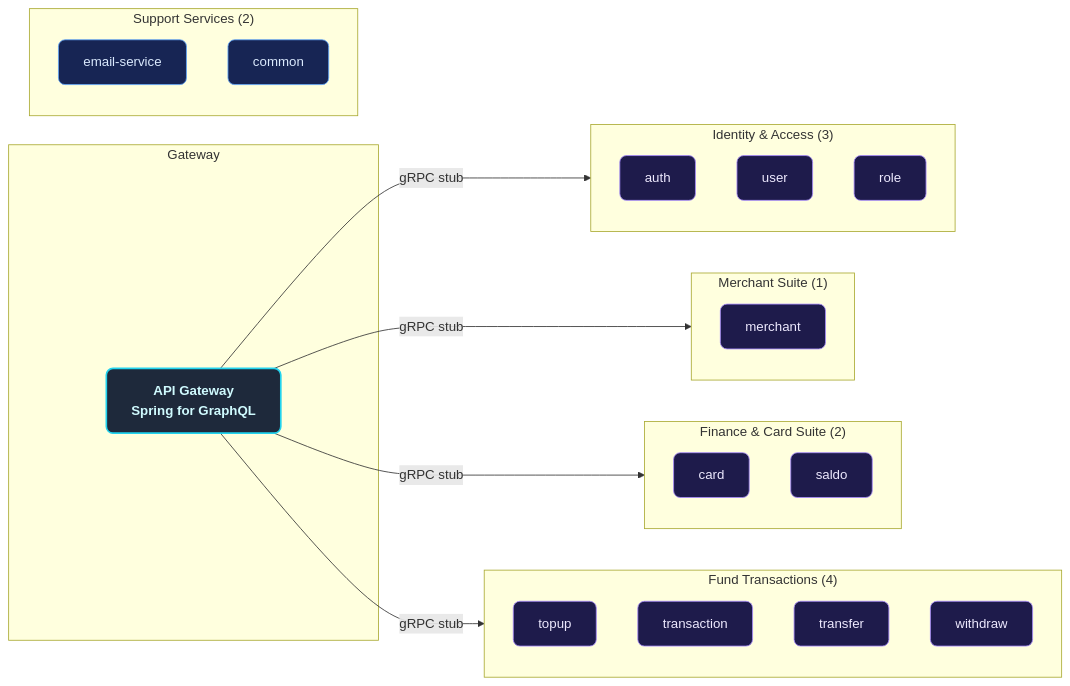
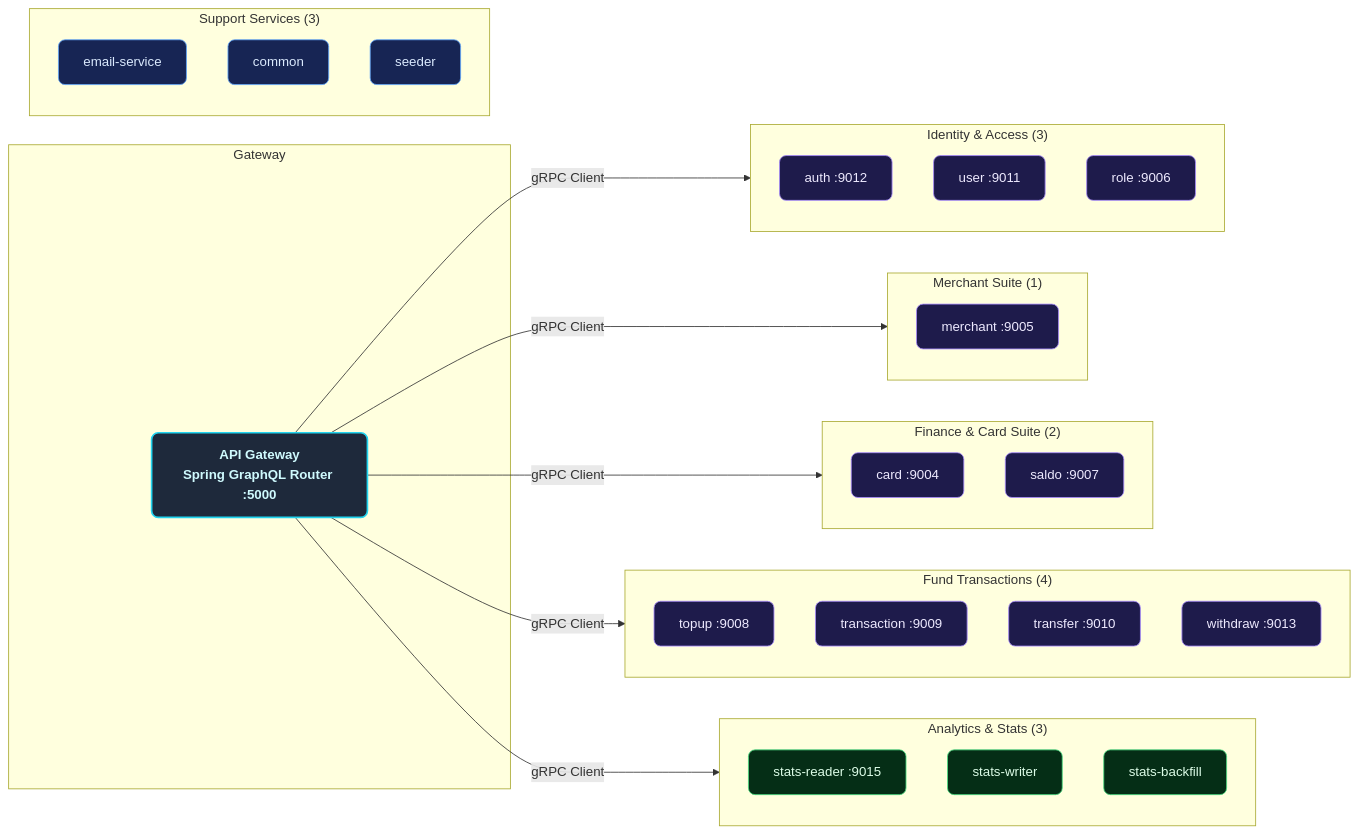
Before and after one commit to MamangRust/microservice-springboot-grpc-paymentgateway-graphql: the second of 13 diagrams in README.md, drawn with Mermaid. The commit also changed other lines of this file, not shown here.

Commit message:
Update README with latest microservices architecture

````diff
--- a/README.md
+++ b/README.md
@@ -207,42 +218,51 @@
 ```mermaid
 graph LR
     classDef svc fill:#1e1b4b,stroke:#a78bfa,color:#ede9fe,stroke-width:1px,rx:8
     classDef gw fill:#1e293b,stroke:#22d3ee,color:#cffafe,stroke-width:2px,rx:8,font-weight:bold
     classDef support fill:#172554,stroke:#60a5fa,color:#dbeafe,stroke-width:1px,rx:8
+    classDef stats fill:#052e16,stroke:#4ade80,color:#dcfce7,stroke-width:1px,rx:8
 
     subgraph Gateway
-        API["API Gateway<br/>Spring for GraphQL"]:::gw
+        API["API Gateway<br/>Spring GraphQL Router :5000"]:::gw
     end
 
     subgraph Identity["Identity & Access (3)"]
-        A1["auth"]:::svc
-        A2["user"]:::svc
-        A3["role"]:::svc
+        A1["auth :9012"]:::svc
+        A2["user :9011"]:::svc
+        A3["role :9006"]:::svc
     end
 
     subgraph Merchant["Merchant Suite (1)"]
-        M1["merchant"]:::svc
+        M1["merchant :9005"]:::svc
     end
 
     subgraph Finance["Finance & Card Suite (2)"]
-        F1["card"]:::svc
-        F2["saldo"]:::svc
+        F1["card :9004"]:::svc
+        F2["saldo :9007"]:::svc
     end
 
     subgraph Movements["Fund Transactions (4)"]
-        T1["topup"]:::svc
-        T2["transaction"]:::svc
-        T3["transfer"]:::svc
-        T4["withdraw"]:::svc
+        T1["topup :9008"]:::svc
+        T2["transaction :9009"]:::svc
+        T3["transfer :9010"]:::svc
+        T4["withdraw :9013"]:::svc
     end
 
-    subgraph Support["Support Services (2)"]
+    subgraph Analytics["Analytics & Stats (3)"]
+        ST1["stats-reader :9015"]:::stats
+        ST2["stats-writer"]:::stats
+        ST3["stats-backfill"]:::stats
+    end
+
+    subgraph Support["Support Services (3)"]
         S1["email-service"]:::support
         S2["common"]:::support
+        S3["seeder"]:::support
     end
 
-    API -->|"gRPC stub"| Identity
-    API -->|"gRPC stub"| Merchant
-    API -->|"gRPC stub"| Finance
-    API -->|"gRPC stub"| Movements
+    API -->|"gRPC Client"| Identity
+    API -->|"gRPC Client"| Merchant
+    API -->|"gRPC Client"| Finance
+    API -->|"gRPC Client"| Movements
+    API -->|"gRPC Client"| Analytics
 ```
````
